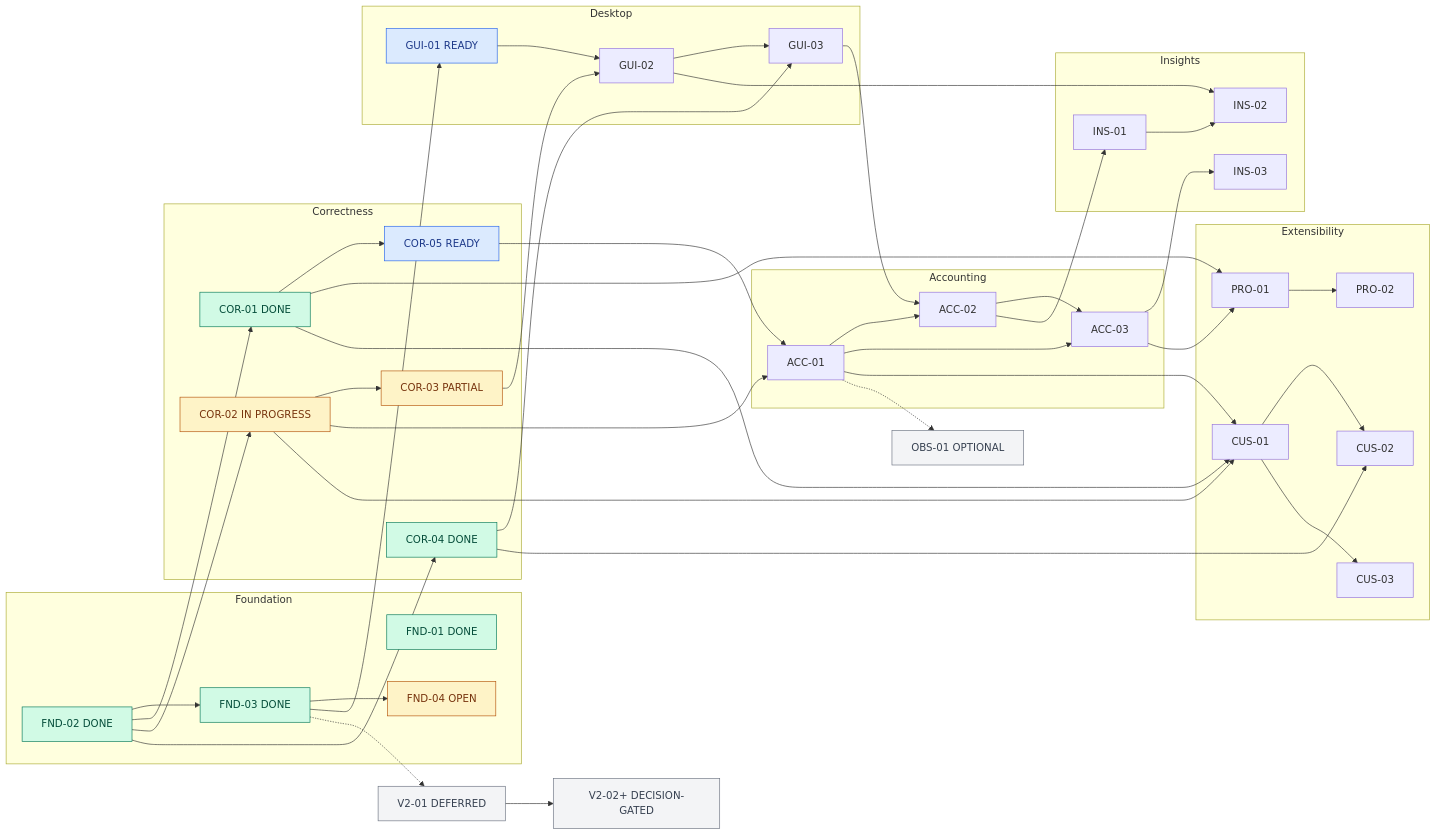
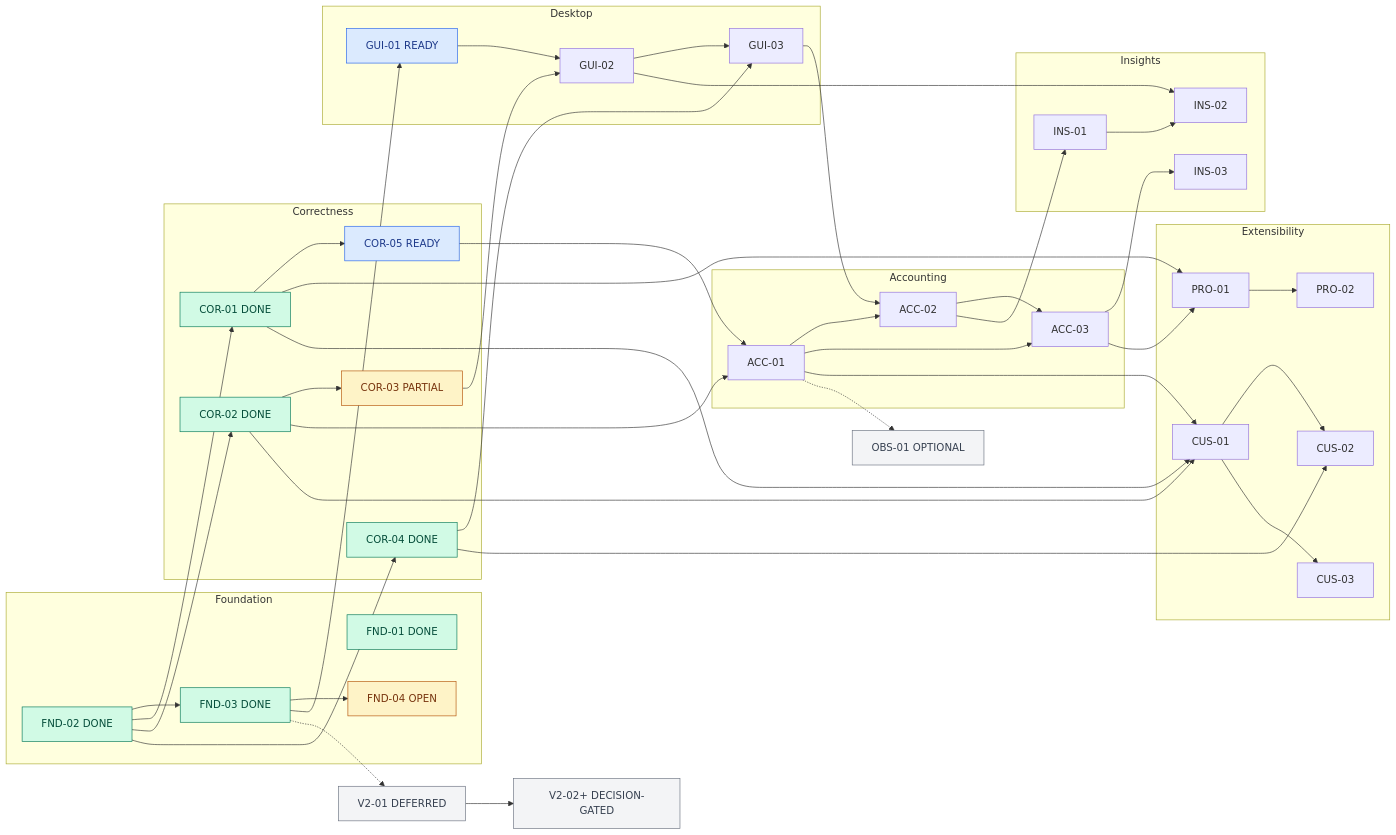
The second of 2 diagrams in UPSTREAM_DELIVERY_PLAN.md (thanhndv212/opencode-quota), drawn with Mermaid before and after one commit. The commit also changed other lines of this file and 1 other file, not shown here.

Commit message:
docs: record COR-02 delivery and next gates (#36)

````diff
--- a/UPSTREAM_DELIVERY_PLAN.md
+++ b/UPSTREAM_DELIVERY_PLAN.md
@@ -170,58 +170,58 @@
 ```mermaid
 flowchart LR
   subgraph Foundation
     F01["FND-01 DONE"]
     F02["FND-02 DONE"] --> F03["FND-03 DONE"]
     F03 --> F04["FND-04 OPEN"]
   end
   subgraph Correctness
     F02 --> C01["COR-01 DONE"]
-    F02 --> C02["COR-02 IN PROGRESS"]
+    F02 --> C02["COR-02 DONE"]
     C02 --> C03["COR-03 PARTIAL"]
     F02 --> C04["COR-04 DONE"]
     C01 --> C05["COR-05 READY"]
   end
   subgraph Desktop
     F03 --> G01["GUI-01 READY"]
     G01 --> G02["GUI-02"]
     C03 --> G02
     G02 --> G03["GUI-03"]
     C04 --> G03
   end
   subgraph Accounting
     C02 --> A01["ACC-01"]
     C05 --> A01
     A01 --> A02["ACC-02"]
     G03 --> A02
     A01 --> A03["ACC-03"]
     A02 --> A03
   end
   subgraph Insights
     A02 --> I01["INS-01"]
     I01 --> I02["INS-02"]
     G02 --> I02
     A03 --> I03["INS-03"]
   end
   subgraph Extensibility
     A03 --> P01["PRO-01"]
     C01 --> P01
     P01 --> P02["PRO-02"]
     A01 --> U01["CUS-01"]
     C01 --> U01
     C02 --> U01
     U01 --> U02["CUS-02"]
     C04 --> U02
     U01 --> U03["CUS-03"]
   end
   A01 -.-> O01["OBS-01 OPTIONAL"]
   F03 -.-> V01["V2-01 DEFERRED"]
   V01 --> V02["V2-02+ DECISION-GATED"]
   classDef done fill:#d1fae5,stroke:#047857,color:#064e3b;
   classDef active fill:#fef3c7,stroke:#b45309,color:#78350f;
   classDef ready fill:#dbeafe,stroke:#2563eb,color:#1e3a8a;
   classDef optional fill:#f3f4f6,stroke:#6b7280,color:#374151;
-  class F01,F02,F03,C01,C04 done;
-  class F04,C02,C03 active;
+  class F01,F02,F03,C01,C02,C04 done;
+  class F04,C03 active;
   class C05,G01 ready;
   class O01,V01,V02 optional;
 ```
````
